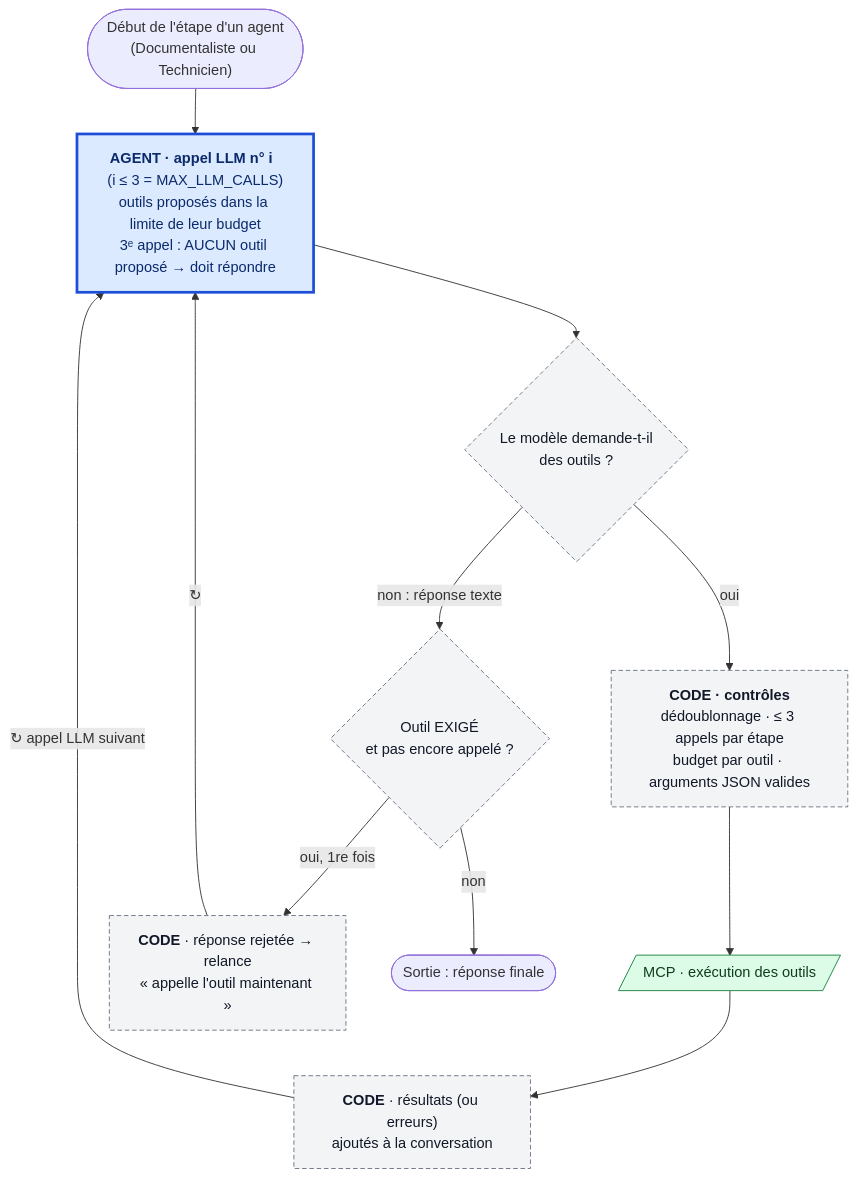
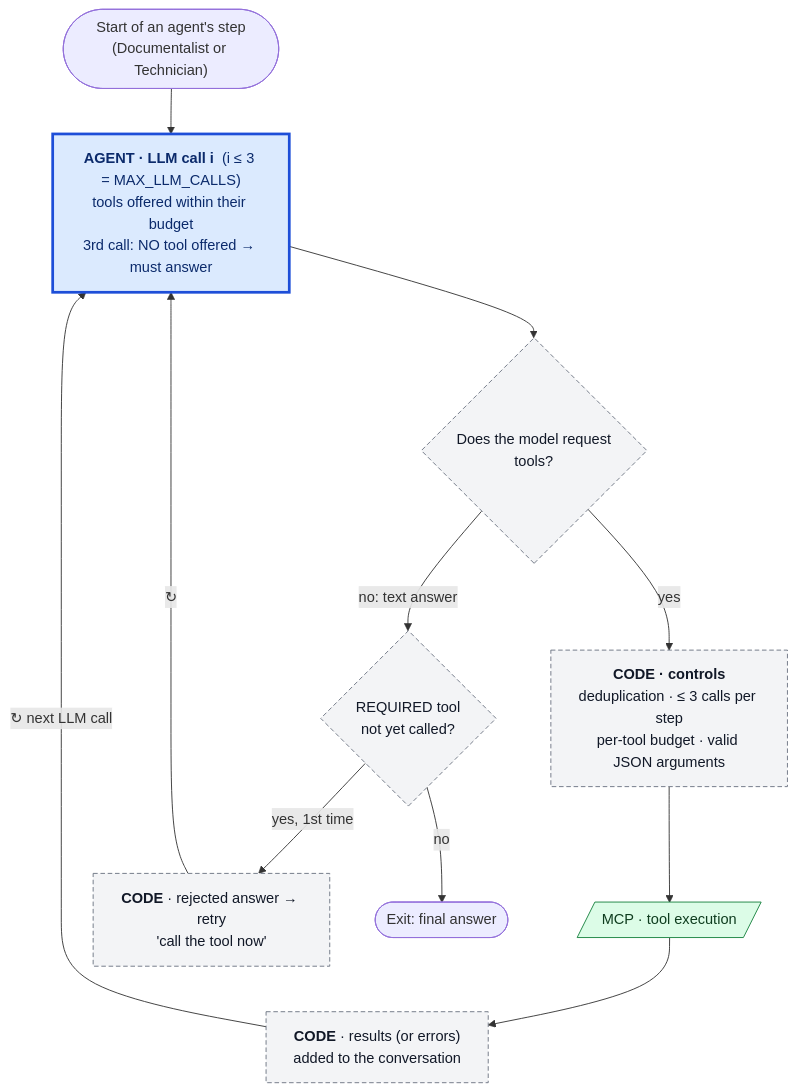
Before and after one commit to StephaneHe/HelloSupport: the second of 2 diagrams in docs/DESIGN_DECISIONS.md, drawn with Mermaid. The commit also changed other lines of this file and 29 other files, not shown here.

````diff
--- a/docs/DESIGN_DECISIONS.md
+++ b/docs/DESIGN_DECISIONS.md
@@ -91,21 +91,21 @@
 ```mermaid
 flowchart TB
-    S(["Début de l'étape d'un agent<br/>(Documentaliste ou Technicien)"]) --> L
-    L["<b>AGENT · appel LLM n° i</b>  (i ≤ 3 = MAX_LLM_CALLS)<br/>outils proposés dans la limite de leur budget<br/>3ᵉ appel : AUCUN outil proposé → doit répondre"]
-    L --> Q1{"Le modèle demande-t-il<br/>des outils ?"}
-    Q1 -->|"oui"| F["<b>CODE · contrôles</b><br/>dédoublonnage · ≤ 3 appels par étape<br/>budget par outil · arguments JSON valides"]
-    F --> X[/"MCP · exécution des outils"/]
-    X --> R["<b>CODE</b> · résultats (ou erreurs)<br/>ajoutés à la conversation"]
-    R -->|"↻ appel LLM suivant"| L
-    Q1 -->|"non : réponse texte"| Q2{"Outil EXIGÉ<br/>et pas encore appelé ?"}
-    Q2 -->|"oui, 1re fois"| REJ["<b>CODE</b> · réponse rejetée → relance<br/>« appelle l'outil maintenant »"]
+    S(["Start of an agent's step<br/>(Documentalist or Technician)"]) --> L
+    L["<b>AGENT · LLM call i</b>  (i ≤ 3 = MAX_LLM_CALLS)<br/>tools offered within their budget<br/>3rd call: NO tool offered → must answer"]
+    L --> Q1{"Does the model request<br/>tools?"}
+    Q1 -->|"yes"| F["<b>CODE · controls</b><br/>deduplication · ≤ 3 calls per step<br/>per-tool budget · valid JSON arguments"]
+    F --> X[/"MCP · tool execution"/]
+    X --> R["<b>CODE</b> · results (or errors)<br/>added to the conversation"]
+    R -->|"↻ next LLM call"| L
+    Q1 -->|"no: text answer"| Q2{"REQUIRED tool<br/>not yet called?"}
+    Q2 -->|"yes, 1st time"| REJ["<b>CODE</b> · rejected answer → retry<br/>'call the tool now'"]
     REJ -->|"↻"| L
-    Q2 -->|"non"| OUT(["Sortie : réponse finale"])
+    Q2 -->|"no"| OUT(["Exit: final answer"])
 
     classDef agent fill:#dbeafe,stroke:#1d4ed8,stroke-width:3px,color:#0b2a6b
     classDef code fill:#f3f4f6,stroke:#6b7280,stroke-width:1px,stroke-dasharray:5 3,color:#111827
     classDef tool fill:#dcfce7,stroke:#15803d,color:#0f3d1f
     class L agent
     class F,R,REJ,Q1,Q2 code
     class X tool
 ```
````
